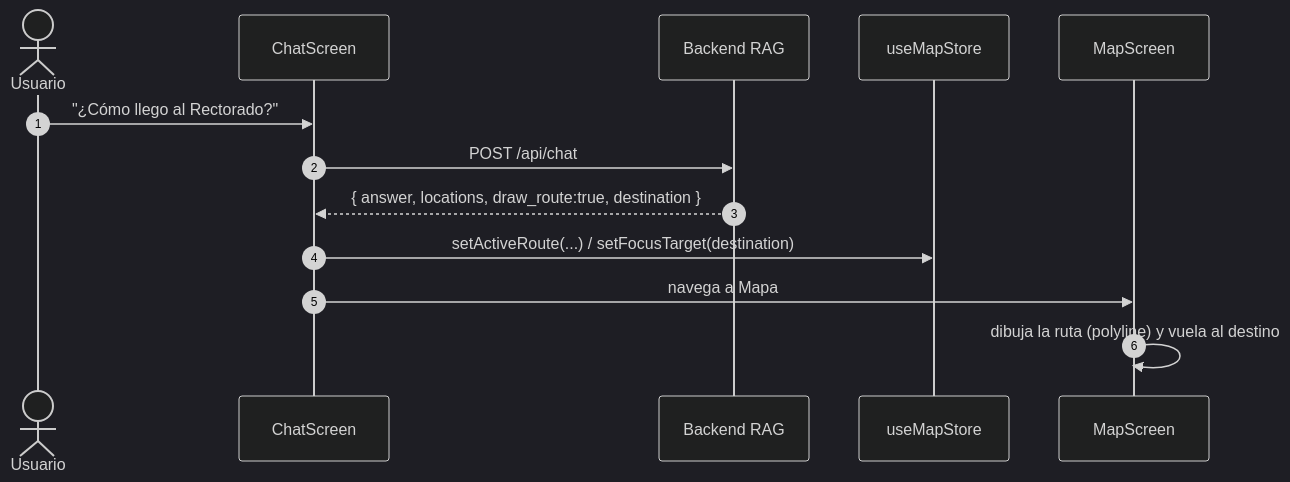
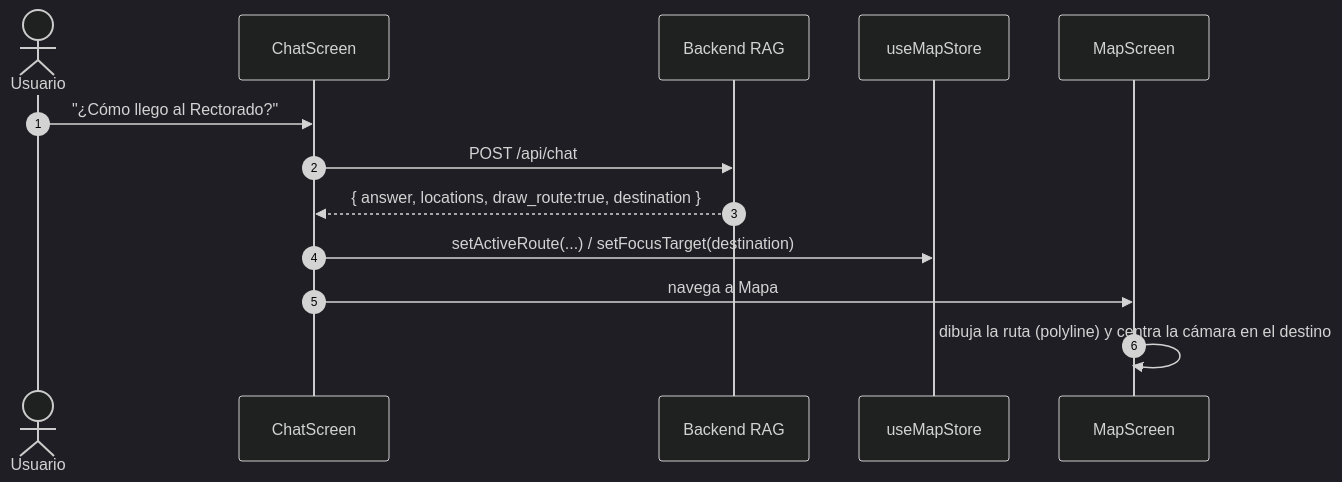
One commit to frank777ch/OndeSanMarcos changed the fifth of 7 diagrams in documents/05-flujos.md. Above: the diagram before and after it, drawn with Mermaid (dark theme). The commit also changed other lines of this file and 6 other files, not shown here.

````diff
--- a/documents/05-flujos.md
+++ b/documents/05-flujos.md
@@ -143,16 +120,16 @@
 ```mermaid
 sequenceDiagram
     autonumber
     actor U as Usuario
     participant CS as ChatScreen
     participant B as Backend RAG
     participant MS as useMapStore
     participant Map as MapScreen
 
     U->>CS: "¿Cómo llego al Rectorado?"
     CS->>B: POST /api/chat
     B-->>CS: { answer, locations, draw_route:true, destination }
     CS->>MS: setActiveRoute(...) / setFocusTarget(destination)
     CS->>Map: navega a Mapa
-    Map->>Map: dibuja la ruta (polyline) y vuela al destino
+    Map->>Map: dibuja la ruta (polyline) y centra la cámara en el destino
 ```
````
